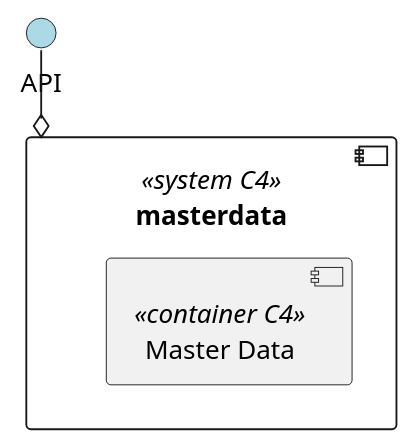
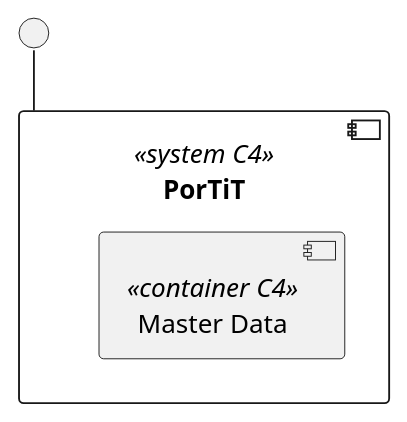
One commit to BernasDzn/portit changed the diagram in docs/sprint_1/global_artifacts/arquitecture/level_2/logic_views/l2_logic_view.puml. Above: the diagram before and after it, drawn with PlantUML. The commit also changed 5 other files, not shown here.

```diff
--- a/docs/sprint_1/global_artifacts/arquitecture/level_2/logic_views/l2_logic_view.puml
+++ b/docs/sprint_1/global_artifacts/arquitecture/level_2/logic_views/l2_logic_view.puml
@@ -1,14 +1,13 @@
 @startuml logicview_n2
 skinparam Linetype polyline
 
-circle "API" as api #LightBlue
-
-api --o masterdata 
-
+circle " " as api
 
 component "PorTiT" as masterdata <<system C4>> {
 	
 	[Master Data] as backend <<container C4>>
 }
 
+api -- masterdata
+
 @enduml
```
